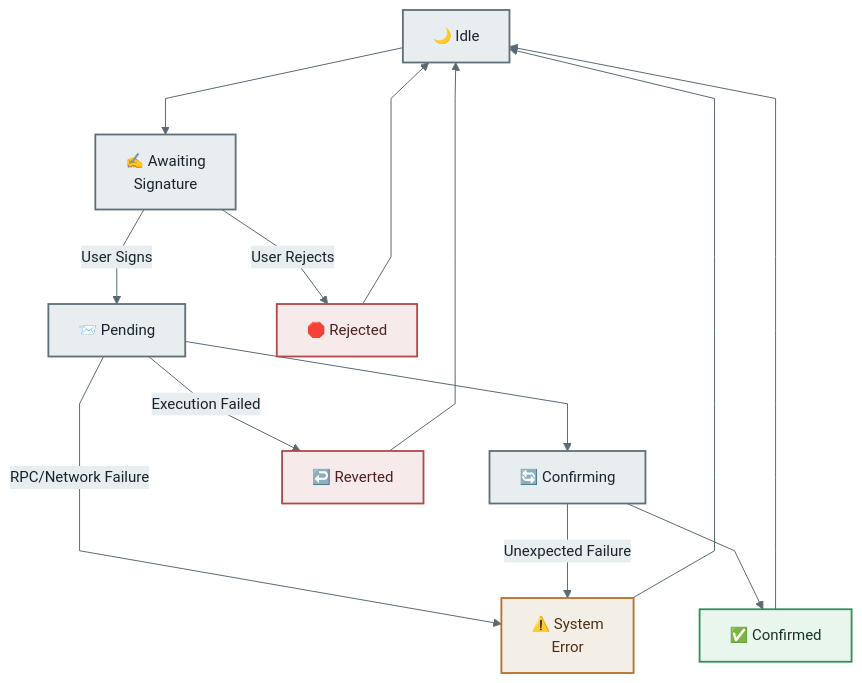
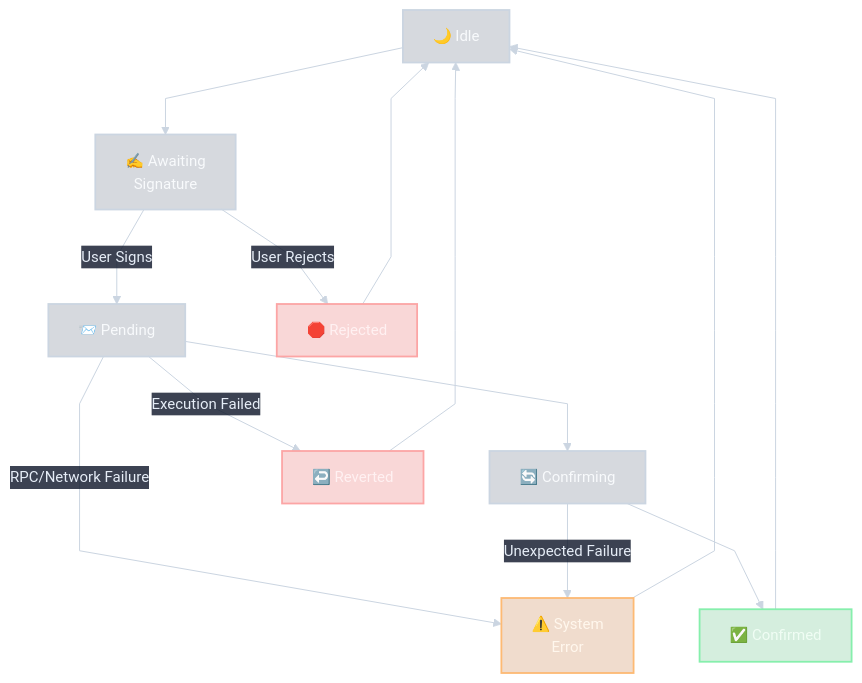
Before and after one commit to sunshineluyao/Moss-Mcp-Transaction: the third of 8 diagrams in README.md, drawn with Mermaid. The commit also changed other lines of this file, not shown here.

Commit message:
docs: add GIF workflow and diagram color design notes

````diff
--- a/README.md
+++ b/README.md
@@ -294,28 +326,28 @@
 ```mermaid
-%%{init: {'theme':'base','flowchart': {'htmlLabels': true, 'nodeSpacing': 56, 'rankSpacing': 72, 'curve': 'linear'},'themeVariables': {'fontFamily':'Trebuchet MS, Segoe UI, sans-serif','fontSize':'15px','primaryColor':'#eef2f4','primaryBorderColor':'#5e6f78','primaryTextColor':'#17232d','lineColor':'#5a6a74','secondaryColor':'#e8eeef','tertiaryColor':'#f7f8f8'}}}%%
+%%{init: {'theme':'base','flowchart': {'htmlLabels': true, 'nodeSpacing': 56, 'rankSpacing': 72, 'curve': 'linear'},'themeVariables': {'fontFamily':'Trebuchet MS, Segoe UI, sans-serif','fontSize':'15px','primaryColor':'transparent','primaryBorderColor':'#cbd5e1','primaryTextColor':'#e6edf7','lineColor':'#cbd5e1','secondaryColor':'rgba(15,23,42,0.18)','tertiaryColor':'transparent','background':'transparent','edgeLabelBackground':'rgba(15,23,42,0.62)'},'themeCSS': '.edgeLabel rect{fill:rgba(15,23,42,0.62)!important;stroke:rgba(148,163,184,0.45)!important;} .edgeLabel p,.edgeLabel span{color:#e6edf7!important;}'} }%%
 flowchart TB
   Idle["🌙 Idle"] --> Awaiting["✍️ Awaiting<br/>Signature"]
   Awaiting -->|User Signs| Pending["📨 Pending"]
   Awaiting -->|User Rejects| Rejected["🛑 Rejected"]
 
   Pending --> Confirming["🔄 Confirming"]
   Confirming --> Confirmed["✅ Confirmed"]
   Pending -->|Execution Failed| Reverted["↩️ Reverted"]
   Pending -->|RPC/Network Failure| SystemError["⚠️ System<br/>Error"]
   Confirming -->|Unexpected Failure| SystemError
 
   Rejected --> Idle
   Reverted --> Idle
   SystemError --> Idle
   Confirmed --> Idle
 
-  classDef neutral fill:#e8eeef,stroke:#5e6f78,stroke-width:1.8px,color:#17232d;
-  classDef success fill:#e9f6ed,stroke:#2f8f57,stroke-width:1.8px,color:#153523;
-  classDef danger fill:#f7eaea,stroke:#b24848,stroke-width:1.8px,color:#4f1f1f;
-  classDef warn fill:#f4efe6,stroke:#b86f28,stroke-width:1.8px,color:#4d2e13;
+  classDef neutral fill:#47556938,stroke:#cbd5e1,stroke-width:1.8px,color:#f8fafc;
+  classDef success fill:#16a34a2e,stroke:#86efac,stroke-width:1.8px,color:#f0fdf4;
+  classDef danger fill:#dc26262e,stroke:#fca5a5,stroke-width:1.8px,color:#fff1f2;
+  classDef warn fill:#b4530933,stroke:#fdba74,stroke-width:1.8px,color:#fff7ed;
 
   class Idle,Awaiting,Pending,Confirming neutral;
   class Confirmed success;
   class Rejected,Reverted danger;
   class SystemError warn;
 ```
````
